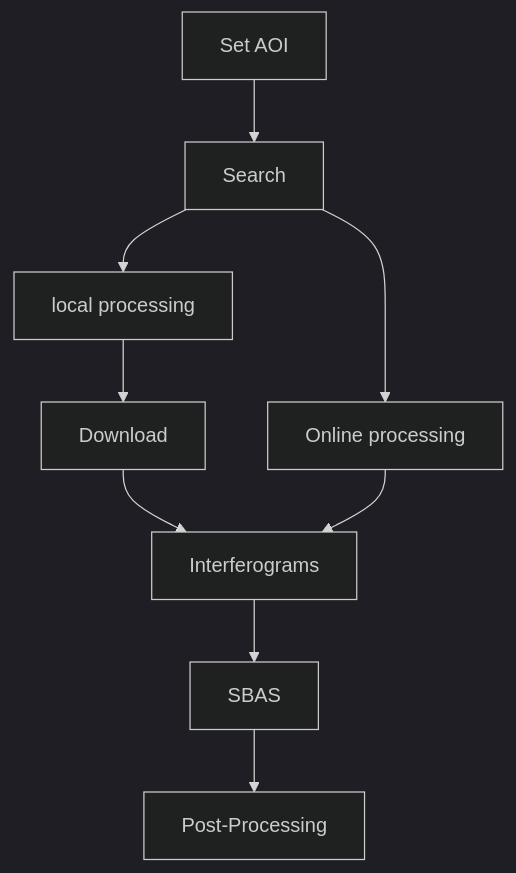
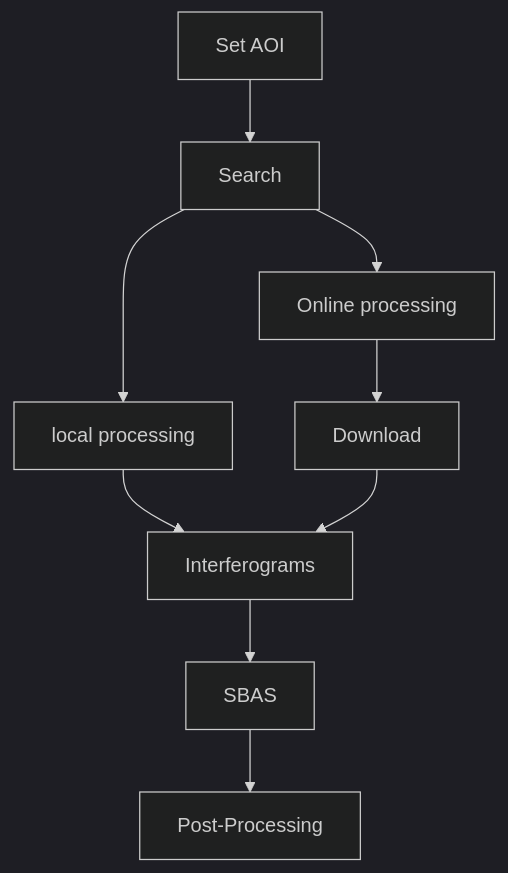
The diagram in docs/quickstart/workflow.md (jldz9/InSARScript), drawn with Mermaid (dark theme) before and after one commit. The commit also changed other lines of this file and 16 other files, not shown here.

````diff
--- a/docs/quickstart/workflow.md
+++ b/docs/quickstart/workflow.md
@@ -3,11 +4,11 @@
 ```mermaid
-graph 
+graph
     A[Set AOI] --> B[Search];
     B[Search] --> C[local processing];
     B[Search] --> D[Online processing];
-    C --> E[Download];
+    D --> E[Download];
+    C --> F[Interferograms];
     E --> F[Interferograms];
-    D --> F[Interferograms];
     F--> G[SBAS];
     G --> H[Post-Processing];
 ```
````
